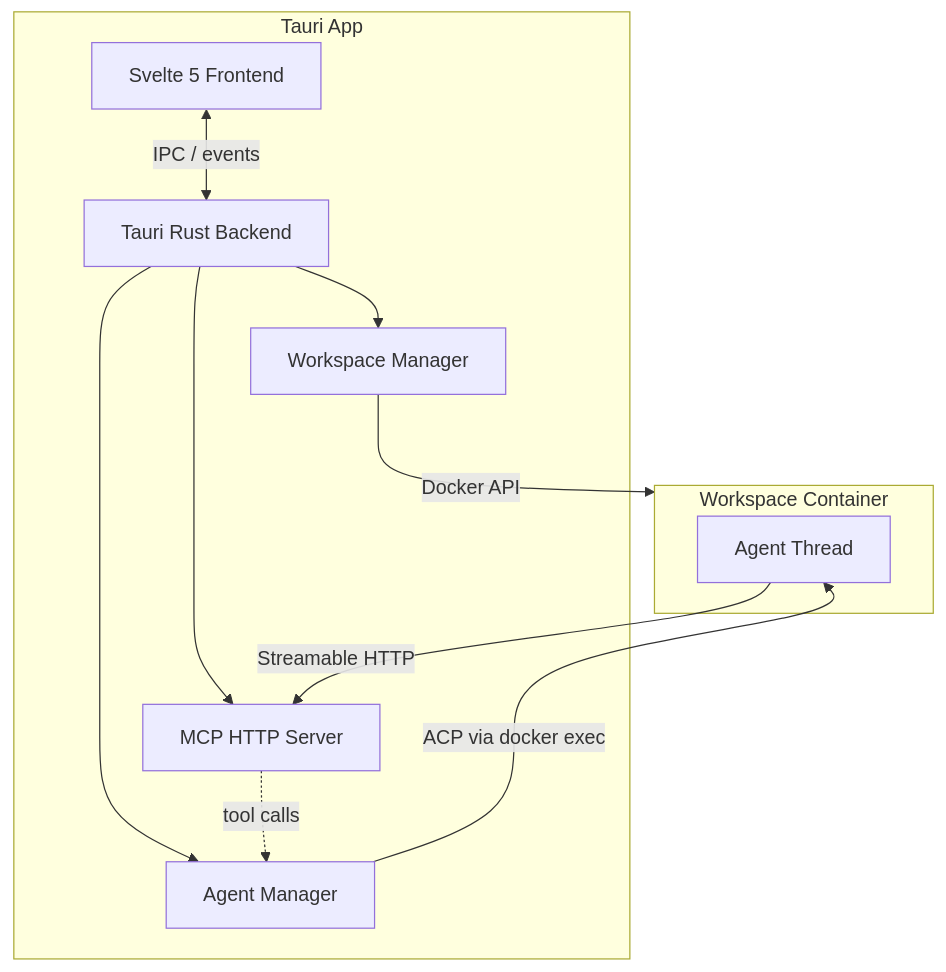
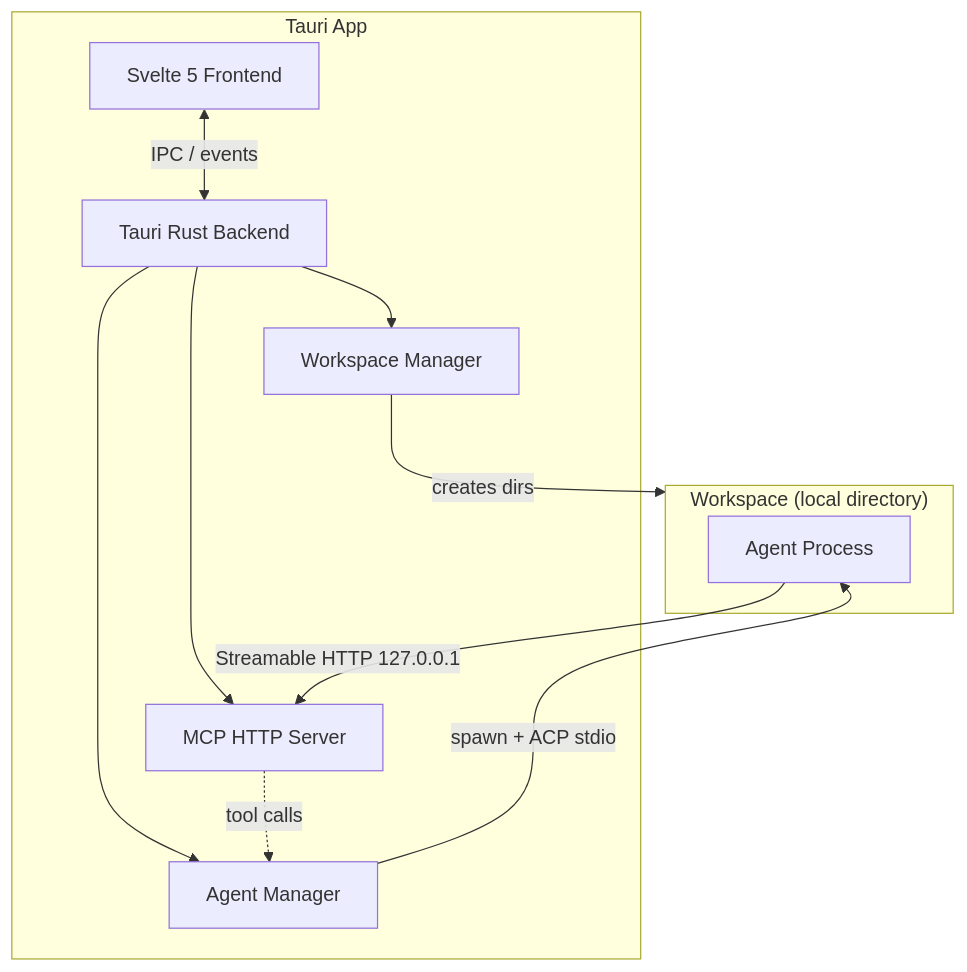
One commit to gallanoe/emergent changed the diagram in README.md. Above: the diagram before and after it, drawn with Mermaid. The commit also changed other lines of this file and 52 other files, not shown here.

First line of the commit message:
refactor: remove Docker container isolation for local host processes

````diff
--- a/README.md
+++ b/README.md
@@ -22,17 +21,17 @@
 ```mermaid
 graph TD
     subgraph APP["Tauri App"]
         UI[Svelte 5 Frontend] <-->|IPC / events| BE[Tauri Rust Backend]
         BE --> WM[Workspace Manager] & AM[Agent Manager]
         BE --> MCP[MCP HTTP Server]
         MCP -.->|tool calls| AM
     end
 
-    subgraph WC["Workspace Container"]
-        AG[Agent Thread]
+    subgraph WS["Workspace (local directory)"]
+        AG[Agent Process]
     end
 
-    WM -->|Docker API| WC
-    AM -->|ACP via docker exec| AG
-    AG -->|Streamable HTTP| MCP
+    WM -->|creates dirs| WS
+    AM -->|spawn + ACP stdio| AG
+    AG -->|Streamable HTTP 127.0.0.1| MCP
 ```
````
